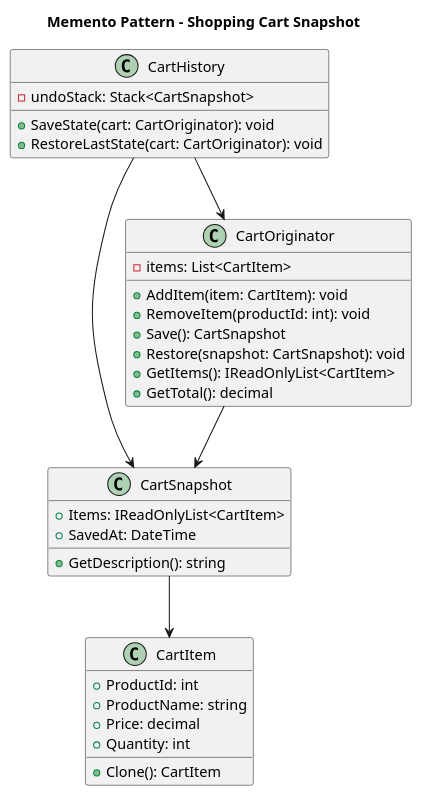
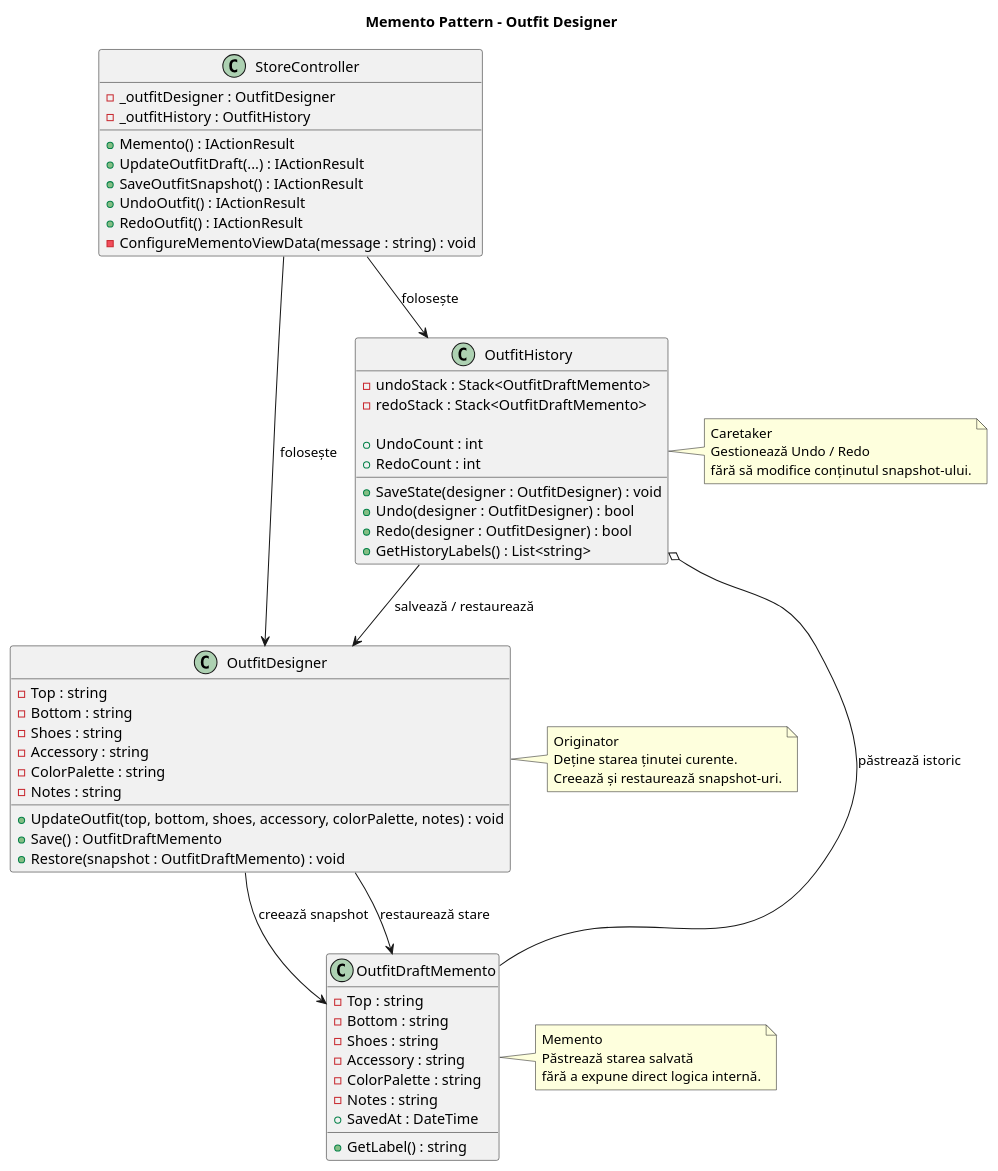
Before and after one commit to AnastasiaMoglan/OnlineClothingStore: the diagram in OnlineClothingStore/OnlineClothingStore.Core/diagrame/Memento.puml, drawn with PlantUML. The commit also changed 43 other files, not shown here.

```diff
--- a/OnlineClothingStore/OnlineClothingStore.Core/diagrame/Memento.puml
+++ b/OnlineClothingStore/OnlineClothingStore.Core/diagrame/Memento.puml
@@ -1,39 +1,81 @@
 @startuml
-title Memento Pattern - Shopping Cart Snapshot
+title Memento Pattern - Outfit Designer
 
-class CartItem {
-    +ProductId: int
-    +ProductName: string
-    +Price: decimal
-    +Quantity: int
-    +Clone(): CartItem
+class StoreController {
+    - _outfitDesigner : OutfitDesigner
+    - _outfitHistory : OutfitHistory
+
+    + Memento() : IActionResult
+    + UpdateOutfitDraft(...) : IActionResult
+    + SaveOutfitSnapshot() : IActionResult
+    + UndoOutfit() : IActionResult
+    + RedoOutfit() : IActionResult
+    - ConfigureMementoViewData(message : string) : void
 }
 
-class CartSnapshot {
-    +Items: IReadOnlyList<CartItem>
-    +SavedAt: DateTime
-    +GetDescription(): string
+class OutfitDesigner {
+    - Top : string
+    - Bottom : string
+    - Shoes : string
+    - Accessory : string
+    - ColorPalette : string
+    - Notes : string
+
+    + UpdateOutfit(top, bottom, shoes, accessory, colorPalette, notes) : void
+    + Save() : OutfitDraftMemento
+    + Restore(snapshot : OutfitDraftMemento) : void
 }
 
-class CartOriginator {
-    -items: List<CartItem>
-    +AddItem(item: CartItem): void
-    +RemoveItem(productId: int): void
-    +Save(): CartSnapshot
-    +Restore(snapshot: CartSnapshot): void
-    +GetItems(): IReadOnlyList<CartItem>
-    +GetTotal(): decimal
+class OutfitDraftMemento {
+    - Top : string
+    - Bottom : string
+    - Shoes : string
+    - Accessory : string
+    - ColorPalette : string
+    - Notes : string
+    + SavedAt : DateTime
+
+    + GetLabel() : string
 }
 
-class CartHistory {
-    -undoStack: Stack<CartSnapshot>
-    +SaveState(cart: CartOriginator): void
-    +RestoreLastState(cart: CartOriginator): void
+class OutfitHistory {
+    - undoStack : Stack<OutfitDraftMemento>
+    - redoStack : Stack<OutfitDraftMemento>
+
+    + UndoCount : int
+    + RedoCount : int
+
+    + SaveState(designer : OutfitDesigner) : void
+    + Undo(designer : OutfitDesigner) : bool
+    + Redo(designer : OutfitDesigner) : bool
+    + GetHistoryLabels() : List<string>
 }
 
-CartOriginator --> CartSnapshot
-CartSnapshot --> CartItem
-CartHistory --> CartSnapshot
-CartHistory --> CartOriginator
+StoreController --> OutfitDesigner : folosește
+StoreController --> OutfitHistory : folosește
+
+OutfitDesigner --> OutfitDraftMemento : creează snapshot
+OutfitDesigner --> OutfitDraftMemento : restaurează stare
+
+OutfitHistory o-- OutfitDraftMemento : păstrează istoric
+OutfitHistory --> OutfitDesigner : salvează / restaurează
+
+note right of OutfitDesigner
+Originator
+Deține starea ținutei curente.
+Creează și restaurează snapshot-uri.
+end note
+
+note right of OutfitDraftMemento
+Memento
+Păstrează starea salvată
+fără a expune direct logica internă.
+end note
+
+note right of OutfitHistory
+Caretaker
+Gestionează Undo / Redo
+fără să modifice conținutul snapshot-ului.
+end note
 
 @enduml
```
